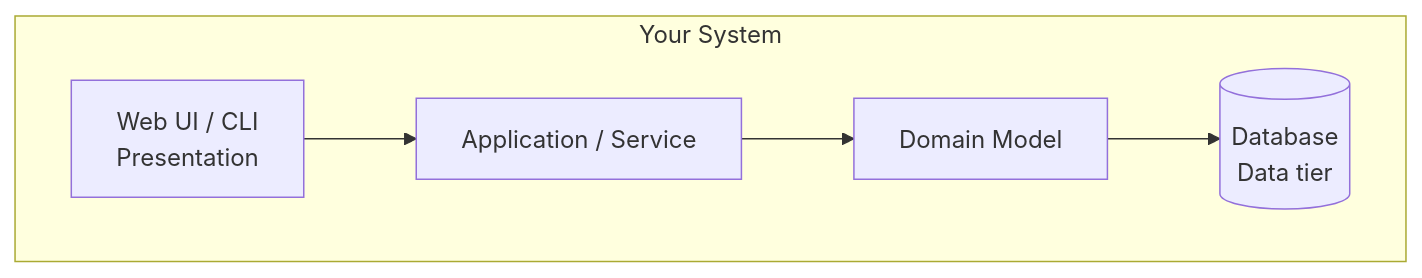
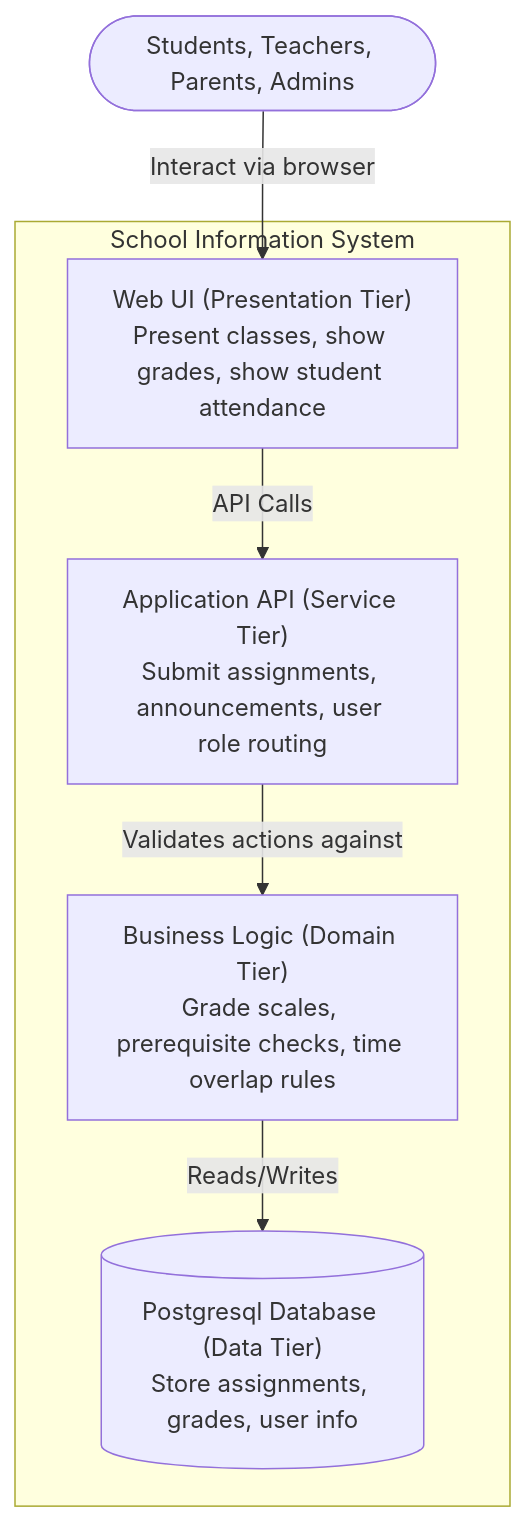
One commit to JosephGabrie/cen5064-project-JosephGabrie changed the second of 4 diagrams in README.md. Above: the diagram before and after it, drawn with Mermaid. The commit also changed other lines of this file, not shown here.

First line of the commit message:
Change database reference from MySQL to PostgreSQL

````diff
--- a/README.md
+++ b/README.md
@@ -45,9 +62,19 @@
 ```mermaid
 %% Container view: your containers should match the tier table above.
 flowchart TB
-    subgraph YourSystem [Your System]
-        ui[Web UI / CLI<br/>Presentation] --> api[Application / Service]
-        api --> domain[Domain Model]
-        domain --> db[(Database<br/>Data tier)]
+    Users([Students, Teachers, Parents, Admins]) --> |Interact via browser| ui
+
+    subgraph SIS [School Information System]
+        ui["Web UI (Presentation Tier)<br/>Present classes, show grades, show student attendance"] 
+        
+        api["Application API (Service Tier)<br/>Submit assignments, announcements, user role routing"]
+        
+        domain["Business Logic (Domain Tier)<br/>Grade scales, prerequisite checks, time overlap rules"]
+        
+        db[("Postgresql Database (Data Tier)<br/>Store assignments, grades, user info")]
+
+        ui -->|API Calls| api
+        api -->|Validates actions against| domain
+        domain -->|Reads/Writes| db
     end
 ```
````
